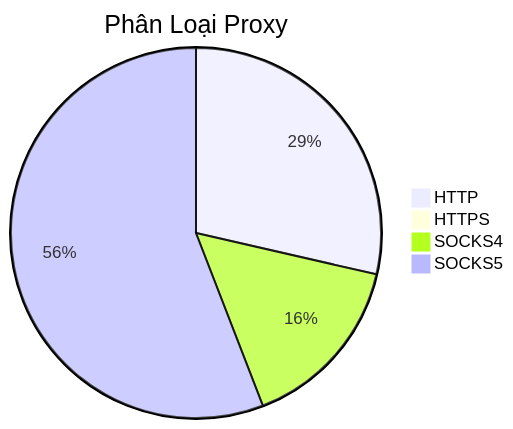
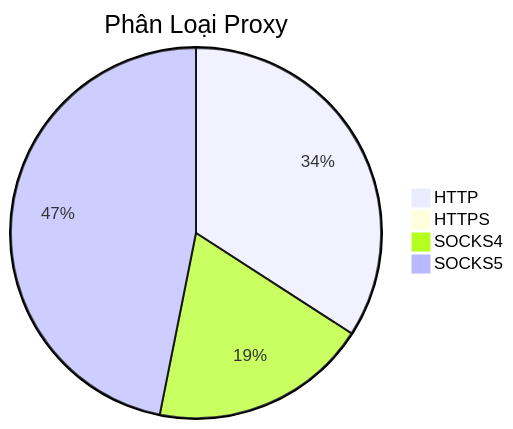
Before and after one commit to Ciara-12/PROXY-free: the diagram in README.md, drawn with Mermaid. The commit also changed other lines of this file and 4 other files, not shown here.

````diff
--- a/README.md
+++ b/README.md
@@ -26,7 +26,7 @@
 ```mermaid
 pie title Phân Loại Proxy
-    "HTTP" : 773
-    "HTTPS" : 1
-    "SOCKS4" : 420
-    "SOCKS5" : 1511
+    "HTTP" : 664
+    "HTTPS" : 2
+    "SOCKS4" : 370
+    "SOCKS5" : 912
 ```
````
